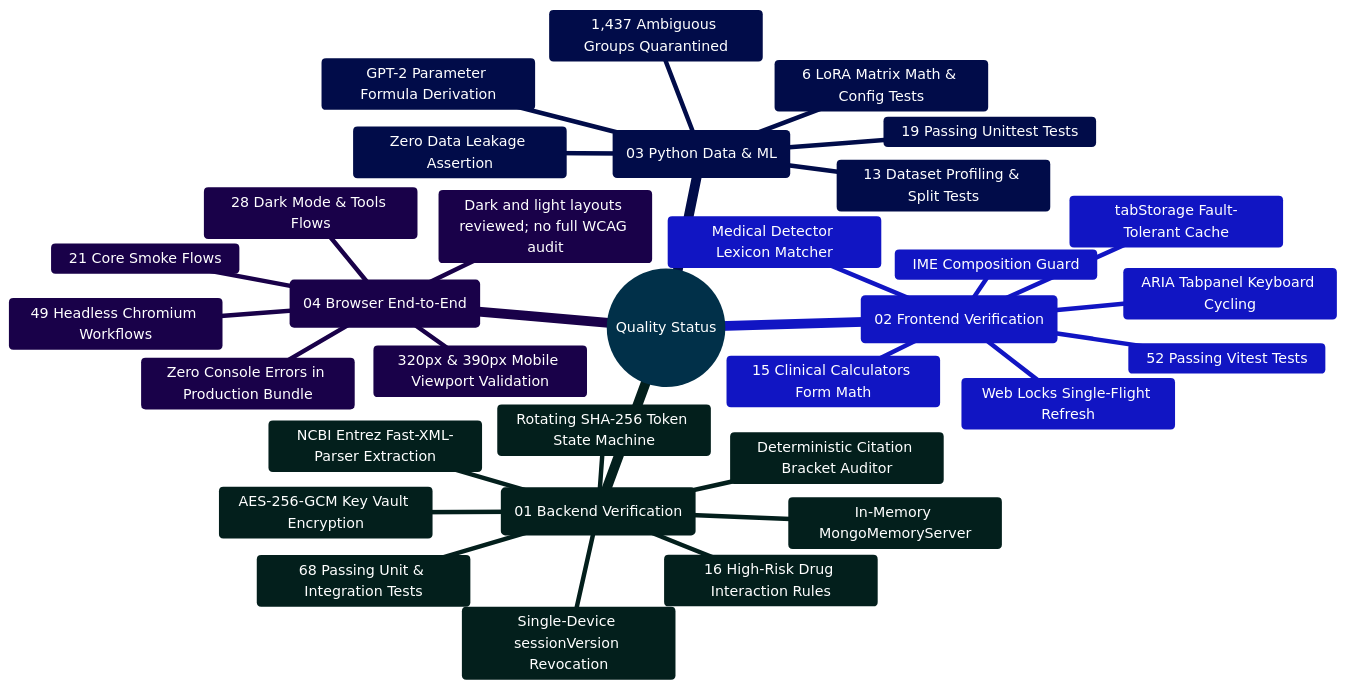
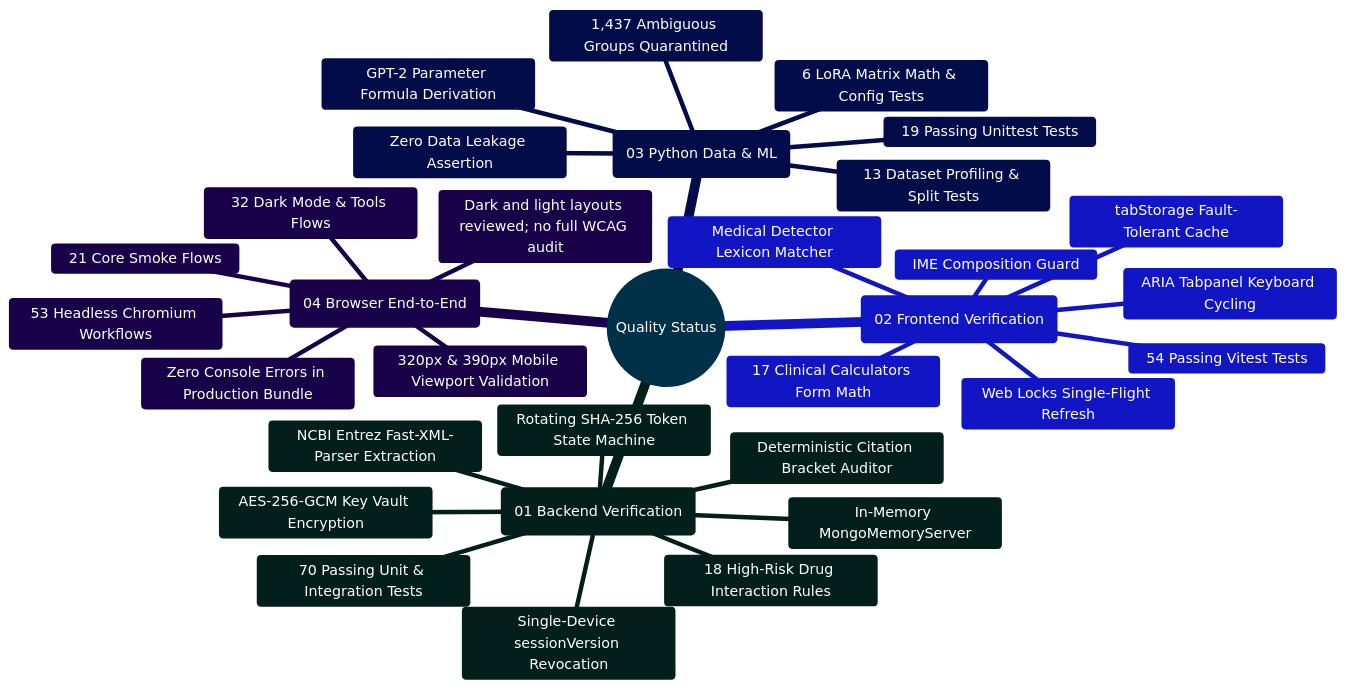
One commit to Ganesh172919/React-App-LLM changed the first of 2 diagrams in docs/IMPLEMENTATION_STATUS.md. Above: the diagram before and after it, drawn with Mermaid. The commit also changed other lines of this file and 42 other files, not shown here.

Commit message:
feat: expand clinical suite to 17 tools (Mosteller BSA & APRI) and drug interaction screener to 18 rules (Triptan+SSRI & Bactrim+ACEI)

````diff
--- a/docs/IMPLEMENTATION_STATUS.md
+++ b/docs/IMPLEMENTATION_STATUS.md
@@ -66,37 +66,37 @@
 ```mermaid
 %%{init: {'theme': 'base', 'themeVariables': { 'primaryColor': '#0284c7', 'primaryTextColor': '#ffffff', 'primaryBorderColor': '#0369a1', 'lineColor': '#0284c7', 'secondaryColor': '#0d9488', 'tertiaryColor': '#6366f1' }}}%%
 mindmap
   root((Quality Status))
     ::icon(fa fa-check-circle)
     (01 Backend Verification)
-      68 Passing Unit & Integration Tests
+      70 Passing Unit & Integration Tests
       In-Memory MongoMemoryServer
       Single-Device sessionVersion Revocation
       Rotating SHA-256 Token State Machine
       AES-256-GCM Key Vault Encryption
       NCBI Entrez Fast-XML-Parser Extraction
       Deterministic Citation Bracket Auditor
-      16 High-Risk Drug Interaction Rules
+      18 High-Risk Drug Interaction Rules
     (02 Frontend Verification)
-      52 Passing Vitest Tests
+      54 Passing Vitest Tests
       Web Locks Single-Flight Refresh
       tabStorage Fault-Tolerant Cache
       IME Composition Guard
       Medical Detector Lexicon Matcher
-      15 Clinical Calculators Form Math
+      17 Clinical Calculators Form Math
       ARIA Tabpanel Keyboard Cycling
     (03 Python Data & ML)
       19 Passing Unittest Tests
       13 Dataset Profiling & Split Tests
       6 LoRA Matrix Math & Config Tests
       Zero Data Leakage Assertion
       1,437 Ambiguous Groups Quarantined
       GPT-2 Parameter Formula Derivation
     (04 Browser End-to-End)
-      49 Headless Chromium Workflows
+      53 Headless Chromium Workflows
       21 Core Smoke Flows
-      28 Dark Mode & Tools Flows
+      32 Dark Mode & Tools Flows
       320px & 390px Mobile Viewport Validation
       Dark and light layouts reviewed; no full WCAG audit
       Zero Console Errors in Production Bundle
 ```
````
